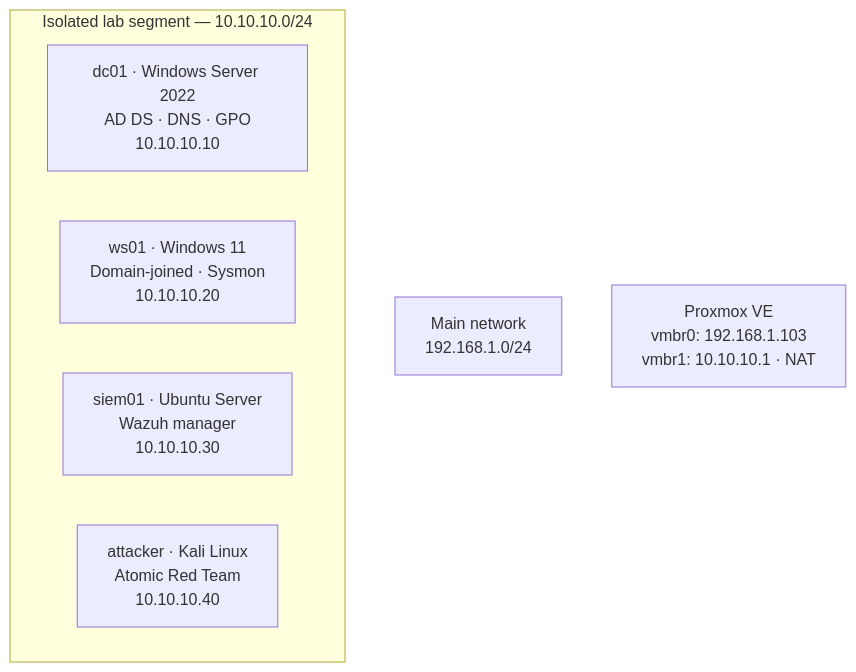
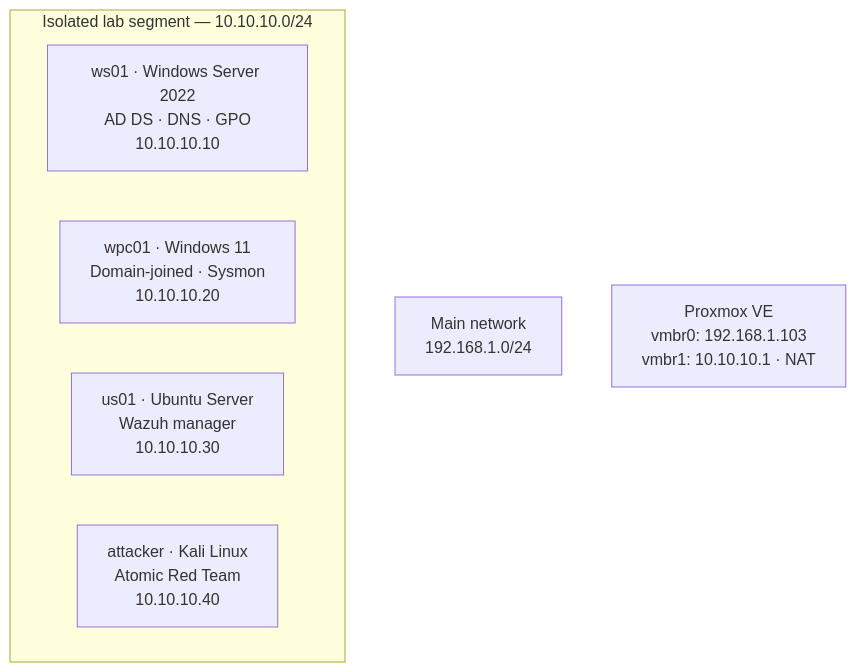
Before and after one commit to kinquiz/home-lab: the diagram in docs/lab-design.md, drawn with Mermaid.

Commit message:
Update lab design with corrected host names

````diff
--- a/docs/lab-design.md
+++ b/docs/lab-design.md
@@ -1,12 +1,12 @@
 ```mermaid
 graph TB
     NET["Main network<br/>192.168.1.0/24"]
     PVE["Proxmox VE<br/>vmbr0: 192.168.1.103<br/>vmbr1: 10.10.10.1 · NAT"]
 
     subgraph LAB["Isolated lab segment — 10.10.10.0/24"]
-        DC["dc01 · Windows Server 2022<br/>AD DS · DNS · GPO<br/>10.10.10.10"]
-        WS["ws01 · Windows 11<br/>Domain-joined · Sysmon<br/>10.10.10.20"]
-        SIEM["siem01 · Ubuntu Server<br/>Wazuh manager<br/>10.10.10.30"]
+        DC["ws01 · Windows Server 2022<br/>AD DS · DNS · GPO<br/>10.10.10.10"]
+        WS["wpc01 · Windows 11<br/>Domain-joined · Sysmon<br/>10.10.10.20"]
+        SIEM["us01 · Ubuntu Server<br/>Wazuh manager<br/>10.10.10.30"]
         ATK["attacker · Kali Linux<br/>Atomic Red Team<br/>10.10.10.40"]
     end
 ```
````
